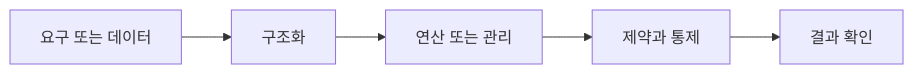
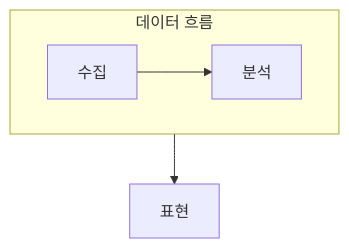
Before and after one commit to umyunsang/edu: the diagram in ComputerScience/05_software-engineering/database-systems/notes/13. 데이터 과학과 빅데이터.md, drawn with Mermaid. The commit also changed other lines of this file and 15 other files, not shown here.

````diff
--- a/ComputerScience/05_software-engineering/database-systems/notes/13. 데이터 과학과 빅데이터.md
+++ b/ComputerScience/05_software-engineering/database-systems/notes/13. 데이터 과학과 빅데이터.md
@@ -24,7 +21,8 @@
 ```mermaid
-flowchart LR
-    A["요구 또는 데이터"] --> B["구조화"]
-    B --> C["연산 또는 관리"]
-    C --> D["제약과 통제"]
-    D --> E["결과 확인"]
+flowchart TB
+    subgraph Science["데이터 흐름"]
+        direction LR
+        A[수집] --> B[분석]
+    end
+    Science --> C[표현]
 ```
````
